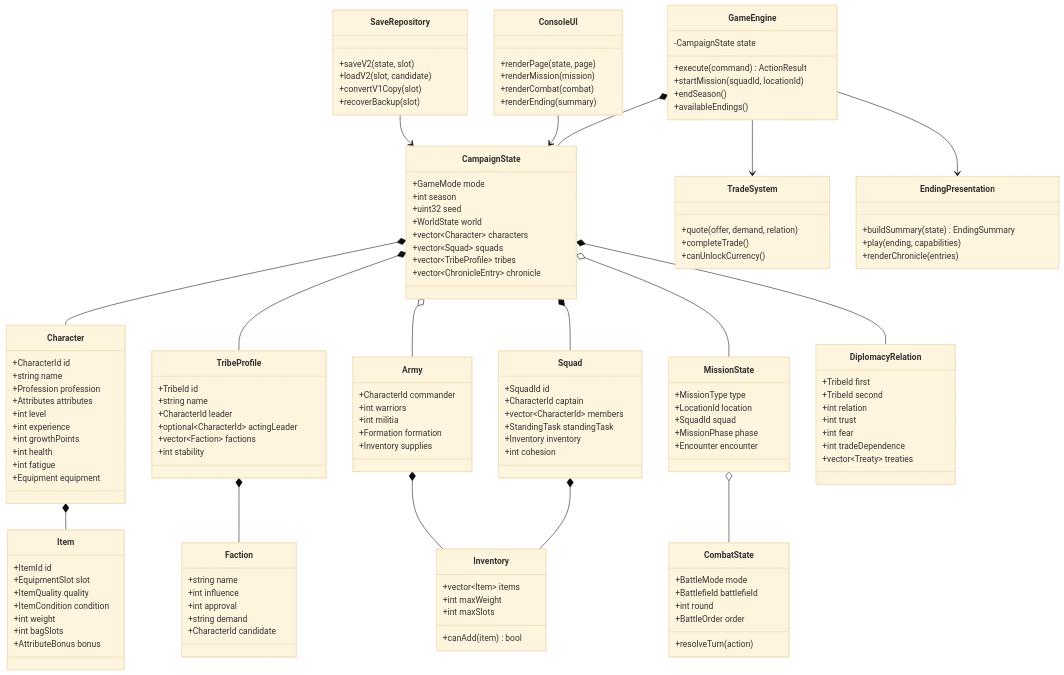
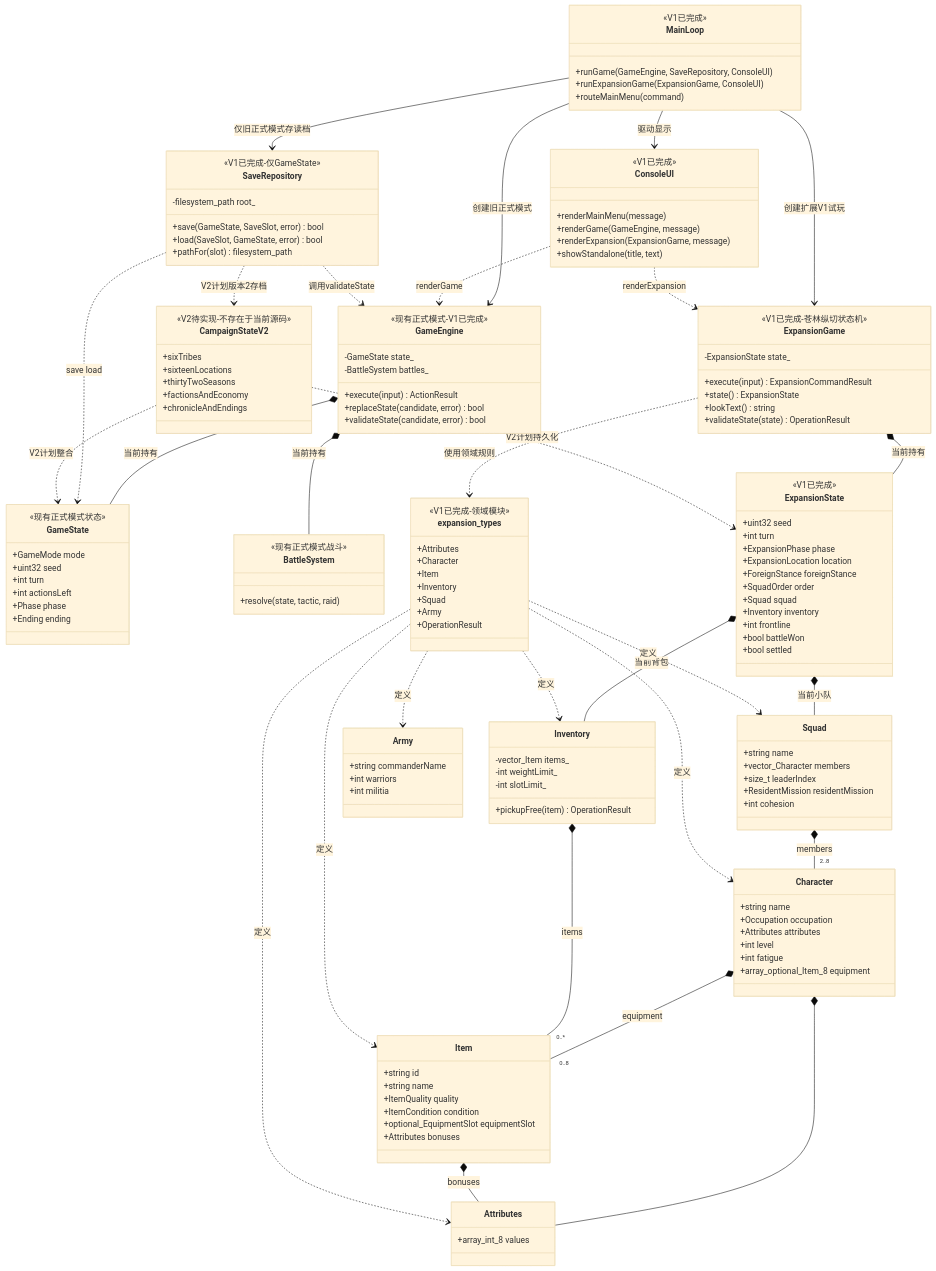
One commit to gs8-79/new-game changed the diagram in formal/docs/diagrams/expanded/03-class-diagram-expanded.mmd. Above: the diagram before and after it, drawn with Mermaid (base theme). The commit also changed 34 other files, not shown here.

Commit message:
feat: deliver Tribe Dawn expansion V1

```diff
--- a/formal/docs/diagrams/expanded/03-class-diagram-expanded.mmd
+++ b/formal/docs/diagrams/expanded/03-class-diagram-expanded.mmd
@@ -1,137 +1,154 @@
 classDiagram
+    class MainLoop {
+      <<V1已完成>>
+      +runGame(GameEngine, SaveRepository, ConsoleUI)
+      +runExpansionGame(ExpansionGame, ConsoleUI)
+      +routeMainMenu(command)
+    }
+
     class GameEngine {
-      -CampaignState state
-      +execute(command) ActionResult
-      +startMission(squadId, locationId)
-      +endSeason()
-      +availableEndings()
+      <<现有正式模式-V1已完成>>
+      -GameState state_
+      -BattleSystem battles_
+      +execute(input) ActionResult
+      +replaceState(candidate, error) bool
+      +validateState(candidate, error) bool
     }
-    class CampaignState {
+    class GameState {
+      <<现有正式模式状态>>
       +GameMode mode
-      +int season
       +uint32 seed
-      +WorldState world
-      +vector~Character~ characters
-      +vector~Squad~ squads
-      +vector~TribeProfile~ tribes
-      +vector~ChronicleEntry~ chronicle
+      +int turn
+      +int actionsLeft
+      +Phase phase
+      +Ending ending
+    }
+    class BattleSystem {
+      <<现有正式模式战斗>>
+      +resolve(state, tactic, raid)
+    }
+    class SaveRepository {
+      <<V1已完成-仅GameState>>
+      -filesystem_path root_
+      +save(GameState, SaveSlot, error) bool
+      +load(SaveSlot, GameState, error) bool
+      +pathFor(slot) filesystem_path
+    }
+    class ConsoleUI {
+      <<V1已完成>>
+      +renderMainMenu(message)
+      +renderGame(GameEngine, message)
+      +renderExpansion(ExpansionGame, message)
+      +showStandalone(title, text)
+    }
+
+    class ExpansionGame {
+      <<V1已完成-苍林纵切状态机>>
+      -ExpansionState state_
+      +execute(input) ExpansionCommandResult
+      +state() ExpansionState
+      +lookText() string
+      +validateState(state) OperationResult
+    }
+    class ExpansionState {
+      <<V1已完成>>
+      +uint32 seed
+      +int turn
+      +ExpansionPhase phase
+      +ExpansionLocation location
+      +ForeignStance foreignStance
+      +SquadOrder order
+      +Squad squad
+      +Inventory inventory
+      +int frontline
+      +bool battleWon
+      +bool settled
+    }
+    class expansion_types {
+      <<V1已完成-领域模块>>
+      +Attributes
+      +Character
+      +Item
+      +Inventory
+      +Squad
+      +Army
+      +OperationResult
+    }
+    class Attributes {
+      +array_int_8 values
     }
     class Character {
-      +CharacterId id
       +string name
-      +Profession profession
+      +Occupation occupation
       +Attributes attributes
       +int level
-      +int experience
-      +int growthPoints
-      +int health
       +int fatigue
-      +Equipment equipment
+      +array_optional_Item_8 equipment
     }
     class Squad {
-      +SquadId id
-      +CharacterId captain
-      +vector~CharacterId~ members
-      +StandingTask standingTask
-      +Inventory inventory
+      +string name
+      +vector_Character members
+      +size_t leaderIndex
+      +ResidentMission residentMission
       +int cohesion
     }
+    class Inventory {
+      -vector_Item items_
+      -int weightLimit_
+      -int slotLimit_
+      +pickupFree(item) OperationResult
+    }
+    class Item {
+      +string id
+      +string name
+      +ItemQuality quality
+      +ItemCondition condition
+      +optional_EquipmentSlot equipmentSlot
+      +Attributes bonuses
+    }
     class Army {
-      +CharacterId commander
+      +string commanderName
       +int warriors
       +int militia
-      +Formation formation
-      +Inventory supplies
-    }
-    class Item {
-      +ItemId id
-      +EquipmentSlot slot
-      +ItemQuality quality
-      +ItemCondition condition
-      +int weight
-      +int bagSlots
-      +AttributeBonus bonus
-    }
-    class Inventory {
-      +vector~Item~ items
-      +int maxWeight
-      +int maxSlots
-      +canAdd(item) bool
-    }
-    class MissionState {
-      +MissionType type
-      +LocationId location
-      +SquadId squad
-      +MissionPhase phase
-      +Encounter encounter
-    }
-    class CombatState {
-      +BattleMode mode
-      +Battlefield battlefield
-      +int round
-      +BattleOrder order
-      +resolveTurn(action)
-    }
-    class TribeProfile {
-      +TribeId id
-      +string name
-      +CharacterId leader
-      +optional~CharacterId~ actingLeader
-      +vector~Faction~ factions
-      +int stability
-    }
-    class Faction {
-      +string name
-      +int influence
-      +int approval
-      +string demand
-      +CharacterId candidate
-    }
-    class DiplomacyRelation {
-      +TribeId first
-      +TribeId second
-      +int relation
-      +int trust
-      +int fear
-      +int tradeDependence
-      +vector~Treaty~ treaties
-    }
-    class TradeSystem {
-      +quote(offer, demand, relation)
-      +completeTrade()
-      +canUnlockCurrency()
-    }
-    class EndingPresentation {
-      +buildSummary(state) EndingSummary
-      +play(ending, capabilities)
-      +renderChronicle(entries)
-    }
-    class SaveRepository {
-      +saveV2(state, slot)
-      +loadV2(slot, candidate)
-      +convertV1Copy(slot)
-      +recoverBackup(slot)
-    }
-    class ConsoleUI {
-      +renderPage(state, page)
-      +renderMission(mission)
-      +renderCombat(combat)
-      +renderEnding(summary)
     }
 
-    GameEngine *-- CampaignState
-    CampaignState *-- Character
-    CampaignState *-- Squad
-    CampaignState *-- TribeProfile
-    CampaignState o-- MissionState
-    CampaignState o-- Army
-    Character *-- Item
-    Squad *-- Inventory
-    Army *-- Inventory
-    MissionState o-- CombatState
-    TribeProfile *-- Faction
-    CampaignState *-- DiplomacyRelation
-    GameEngine --> TradeSystem
-    GameEngine --> EndingPresentation
-    ConsoleUI --> CampaignState
-    SaveRepository --> CampaignState
+    class CampaignStateV2 {
+      <<V2待实现-不存在于当前源码>>
+      +sixTribes
+      +sixteenLocations
+      +thirtyTwoSeasons
+      +factionsAndEconomy
+      +chronicleAndEndings
+    }
+
+    MainLoop --> GameEngine : 创建旧正式模式
+    MainLoop --> ExpansionGame : 创建扩展V1试玩
+    MainLoop --> SaveRepository : 仅旧正式模式存读档
+    MainLoop --> ConsoleUI : 驱动显示
+    ConsoleUI ..> GameEngine : renderGame
+    ConsoleUI ..> ExpansionGame : renderExpansion
+
+    GameEngine *-- GameState : 当前持有
+    GameEngine *-- BattleSystem : 当前持有
+    SaveRepository ..> GameState : save load
+    SaveRepository ..> GameEngine : 调用validateState
+
+    ExpansionGame *-- ExpansionState : 当前持有
+    ExpansionGame ..> expansion_types : 使用领域规则
+    ExpansionState *-- Squad : 当前小队
+    ExpansionState *-- Inventory : 当前背包
+    Squad *-- "2..8" Character : members
+    Character *-- Attributes
+    Character *-- "0..8" Item : equipment
+    Inventory *-- "0..*" Item : items
+    Item *-- Attributes : bonuses
+    expansion_types ..> Attributes : 定义
+    expansion_types ..> Character : 定义
+    expansion_types ..> Squad : 定义
+    expansion_types ..> Inventory : 定义
+    expansion_types ..> Item : 定义
+    expansion_types ..> Army : 定义
+
+    CampaignStateV2 ..> GameState : V2计划整合
+    CampaignStateV2 ..> ExpansionState : V2计划持久化
+    SaveRepository ..> CampaignStateV2 : V2计划版本2存档
```
